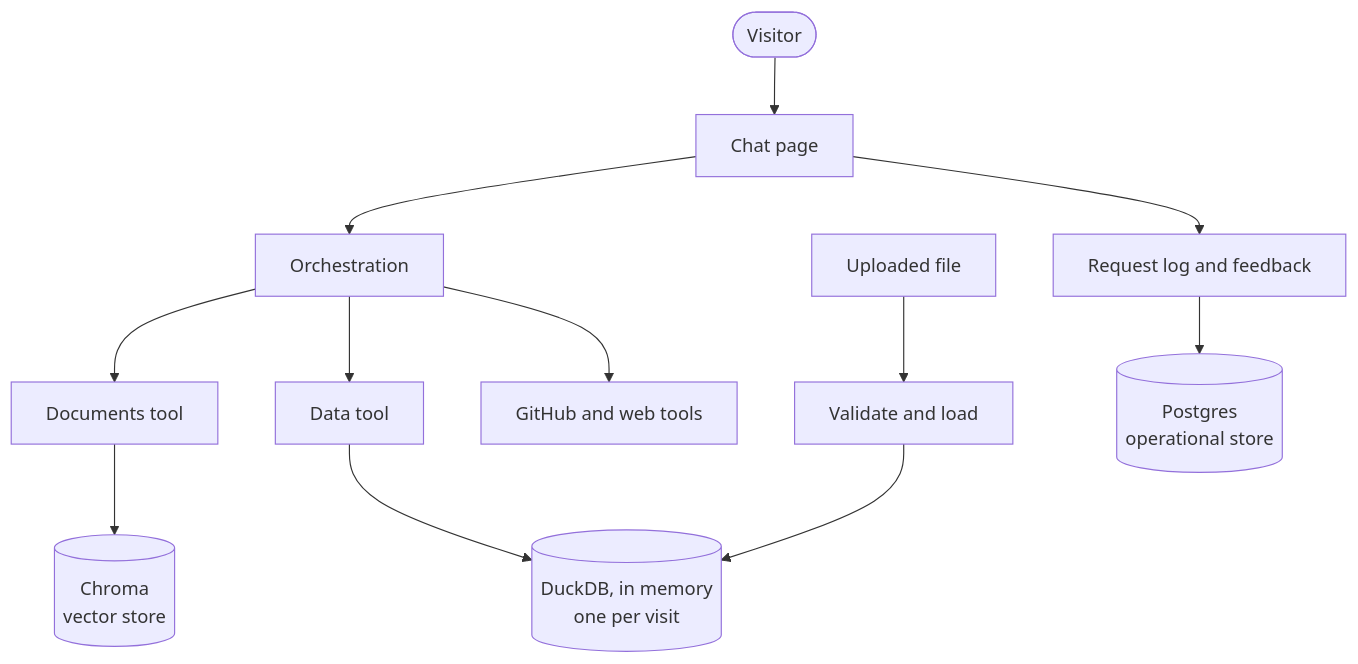
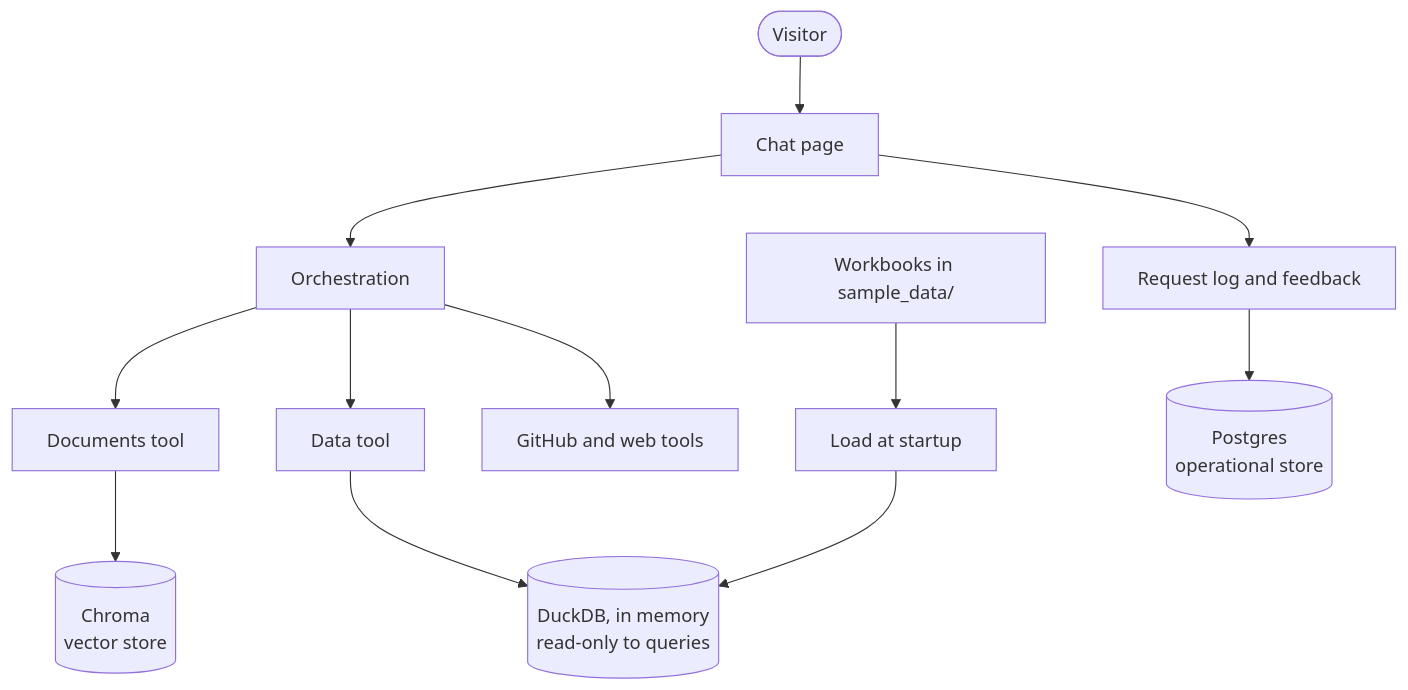
The first of 3 diagrams in docs/design_v2.md (jcsmei/Claude_Demo), drawn with Mermaid before and after one commit. The commit also changed other lines of this file and 4 other files, not shown here.

````diff
--- a/docs/design_v2.md
+++ b/docs/design_v2.md
@@ -77,16 +92,16 @@
 ```mermaid
 flowchart TB
     visitor([Visitor]) --> app[Chat page]
     app --> flow[Orchestration]
 
     flow --> rag[Documents tool]
     flow --> sql[Data tool]
     flow --> other[GitHub and web tools]
 
     rag --> chroma[(Chroma<br/>vector store)]
-    sql --> duck[(DuckDB, in memory<br/>one per visit)]
-    upload[Uploaded file] --> ingest[Validate and load] --> duck
+    sql --> duck[(DuckDB, in memory<br/>read-only to queries)]
+    files[Workbooks in sample_data/] --> ingest[Load at startup] --> duck
 
     app --> record[Request log and feedback]
     record --> pg[(Postgres<br/>operational store)]
 ```
````
